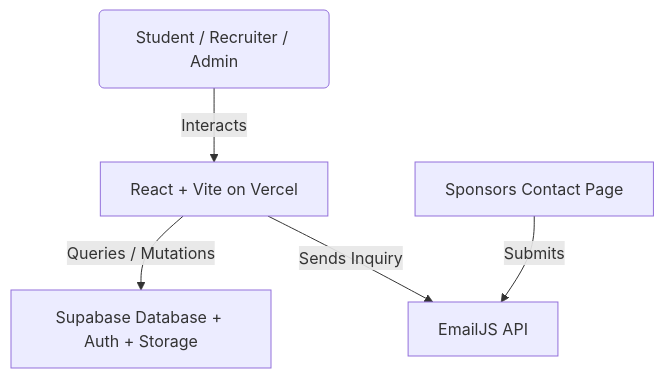
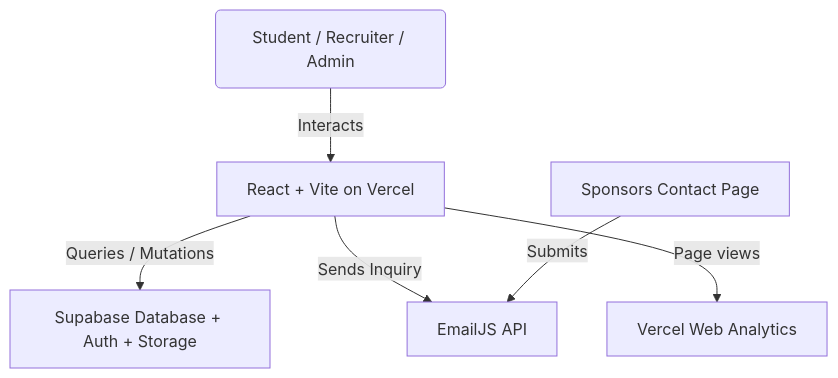
One commit to leo205/SHPE_OSU changed the diagram in HANDOFF.md. Above: the diagram before and after it, drawn with Mermaid. The commit also changed other lines of this file and 22 other files, not shown here.

````diff
--- a/HANDOFF.md
+++ b/HANDOFF.md
@@ -61,7 +62,8 @@
 ```mermaid
 graph TD
     User(Student / Recruiter / Admin) -->|Interacts| Frontend[React + Vite on Vercel]
     Frontend -->|Queries / Mutations| Supabase[Supabase Database + Auth + Storage]
     Frontend -->|Sends Inquiry| EmailJS[EmailJS API]
+    Frontend -->|Page views| Analytics[Vercel Web Analytics]
     SponsorForm[Sponsors Contact Page] -->|Submits| EmailJS
 ```
````
